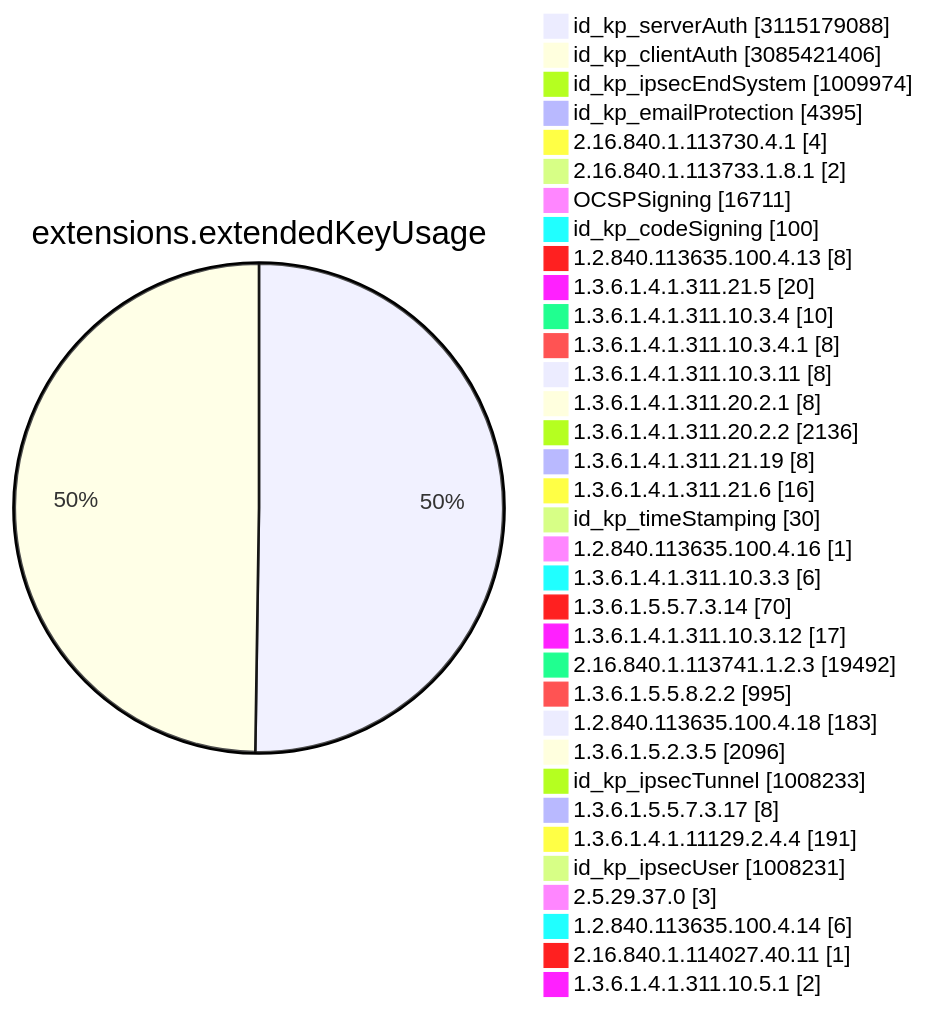
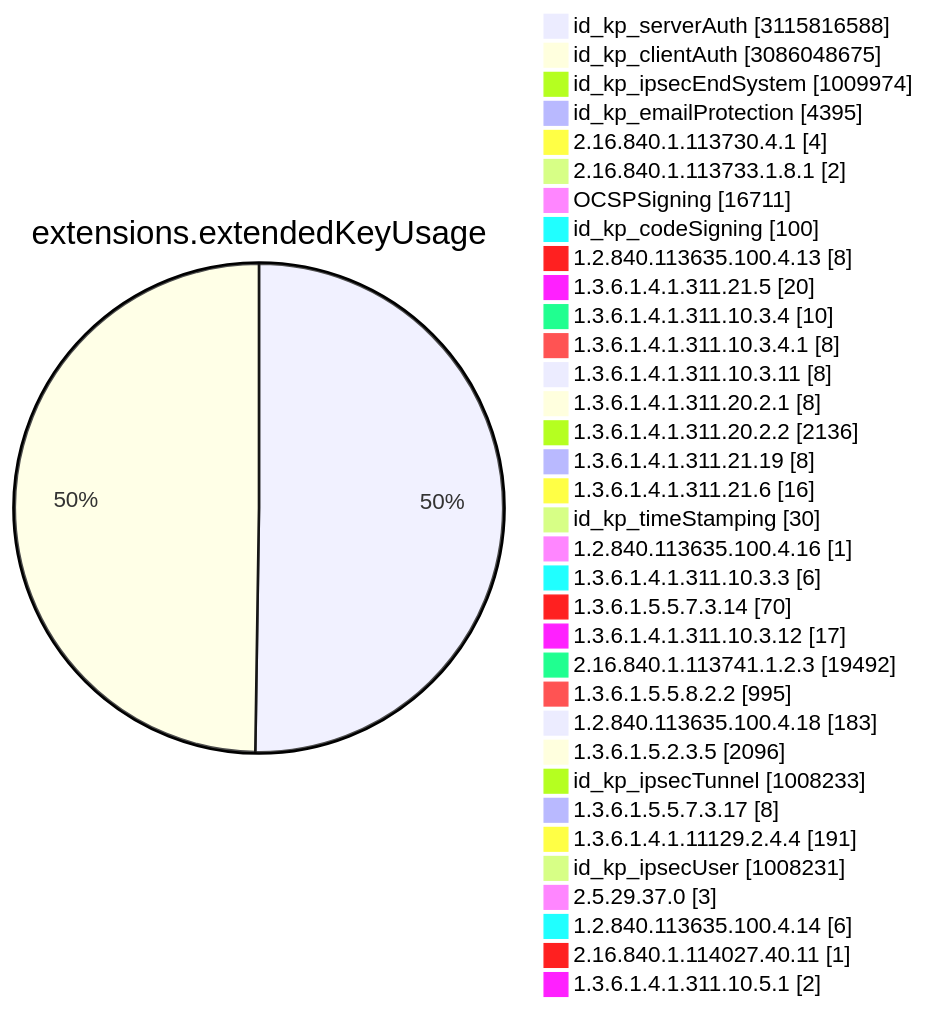
One commit to christiankrug/ctmonitor_visualization changed diagram 11 of 15 in TOTAL/README.md. Above: the diagram before and after it, drawn with Mermaid. The commit also changed other lines of this file, not shown here.

````diff
--- a/TOTAL/README.md
+++ b/TOTAL/README.md
@@ -4119,38 +4119,38 @@
 ```mermaid
 pie showData
 title extensions.extendedKeyUsage
-"id_kp_serverAuth" :3115179088
-"id_kp_clientAuth" :3085421406
+"id_kp_serverAuth" :3115816588
+"id_kp_clientAuth" :3086048675
 "id_kp_ipsecEndSystem" :1009974
 "id_kp_emailProtection" :4395
 "2.16.840.1.113730.4.1" :4
 "2.16.840.1.113733.1.8.1" :2
 "OCSPSigning" :16711
 "id_kp_codeSigning" :100
 "1.2.840.113635.100.4.13" :8
 "1.3.6.1.4.1.311.21.5" :20
 "1.3.6.1.4.1.311.10.3.4" :10
 "1.3.6.1.4.1.311.10.3.4.1" :8
 "1.3.6.1.4.1.311.10.3.11" :8
 "1.3.6.1.4.1.311.20.2.1" :8
 "1.3.6.1.4.1.311.20.2.2" :2136
 "1.3.6.1.4.1.311.21.19" :8
 "1.3.6.1.4.1.311.21.6" :16
 "id_kp_timeStamping" :30
 "1.2.840.113635.100.4.16" :1
 "1.3.6.1.4.1.311.10.3.3" :6
 "1.3.6.1.5.5.7.3.14" :70
 "1.3.6.1.4.1.311.10.3.12" :17
 "2.16.840.1.113741.1.2.3" :19492
 "1.3.6.1.5.5.8.2.2" :995
 "1.2.840.113635.100.4.18" :183
 "1.3.6.1.5.2.3.5" :2096
 "id_kp_ipsecTunnel" :1008233
 "1.3.6.1.5.5.7.3.17" :8
 "1.3.6.1.4.1.11129.2.4.4" :191
 "id_kp_ipsecUser" :1008231
 "2.5.29.37.0" :3
 "1.2.840.113635.100.4.14" :6
 "2.16.840.1.114027.40.11" :1
 "1.3.6.1.4.1.311.10.5.1" :2
 ```
````
